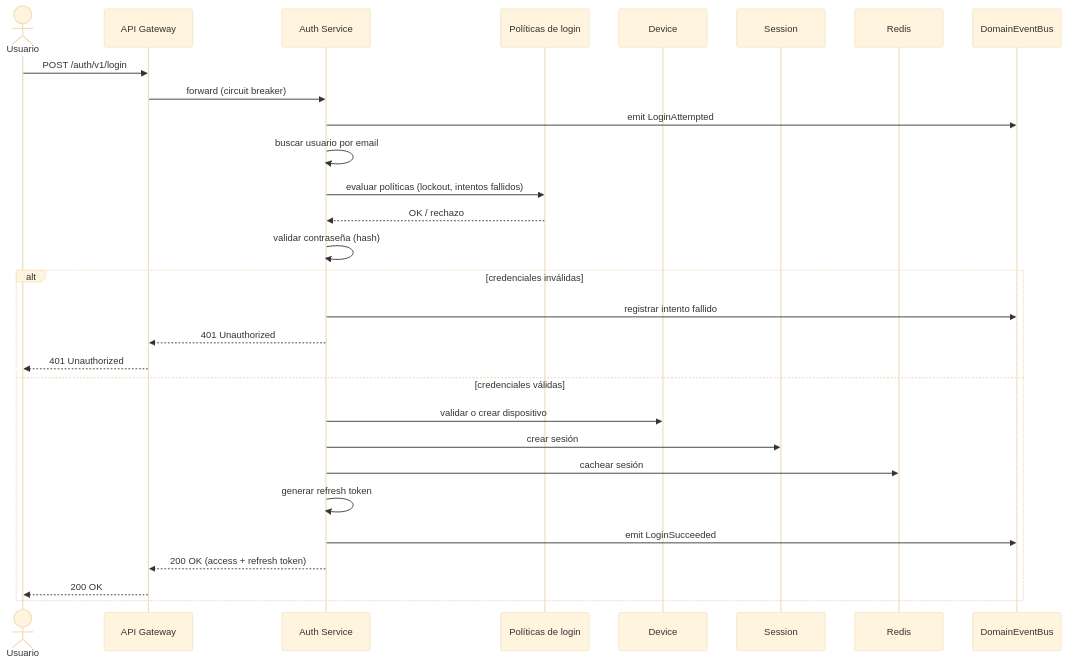
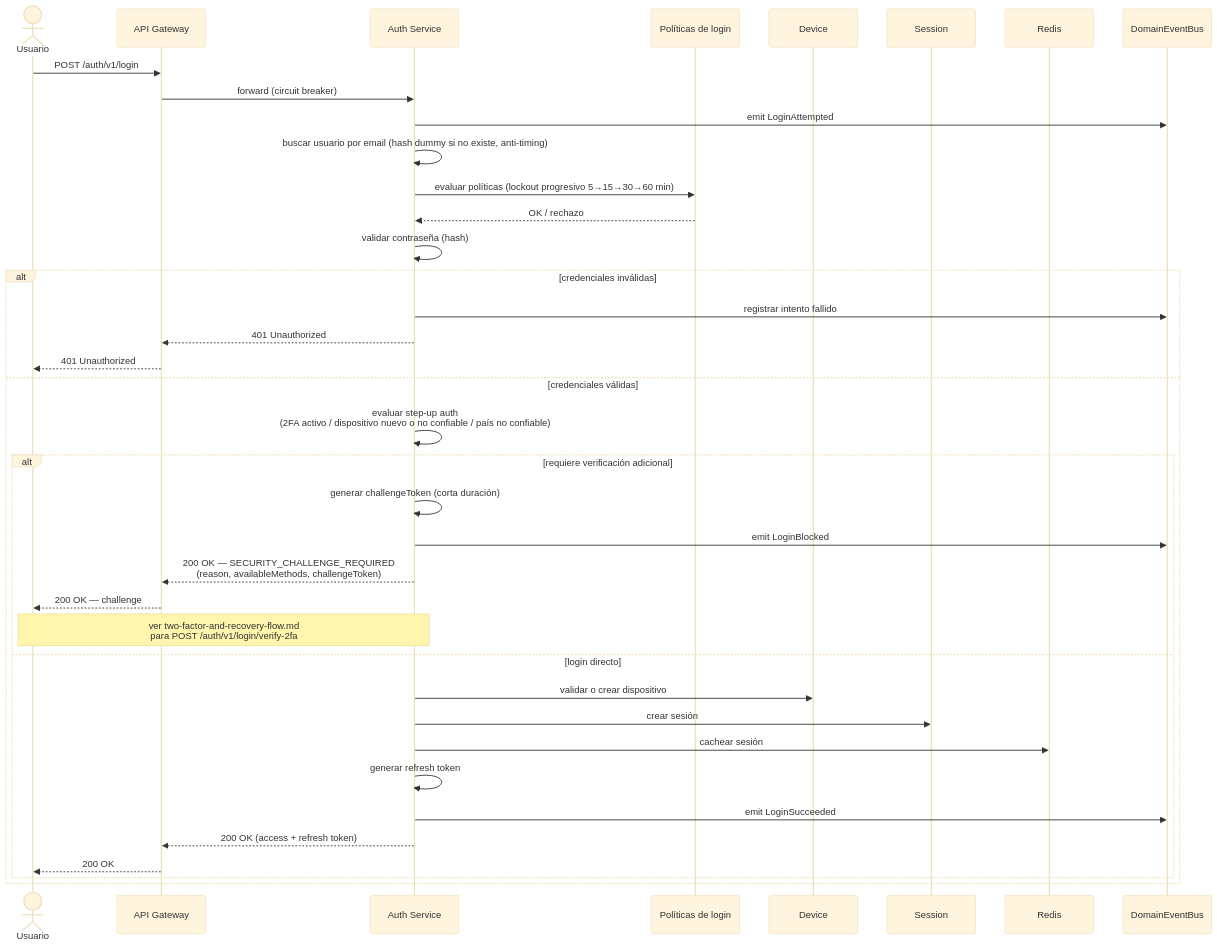
The diagram in docs/flows/login-flow.md (aalejandrozuleta/saas-platform-backend), drawn with Mermaid (base theme) before and after one commit. The commit also changed other lines of this file and 7 other files, not shown here.

First line of the commit message:
docs: refresh architecture docs for 2FA/recovery/user-profile, add missing service docs (#77)

````diff
--- a/docs/flows/login-flow.md
+++ b/docs/flows/login-flow.md
@@ -3,32 +3,41 @@
 ```mermaid
 sequenceDiagram
     actor U as Usuario
     participant GW as API Gateway
     participant A as Auth Service
     participant Pol as Políticas de login
     participant Dev as Device
     participant Sess as Session
     participant Redis
     participant Bus as DomainEventBus
 
     U->>GW: POST /auth/v1/login
     GW->>A: forward (circuit breaker)
     A->>Bus: emit LoginAttempted
-    A->>A: buscar usuario por email
-    A->>Pol: evaluar políticas (lockout, intentos fallidos)
+    A->>A: buscar usuario por email (hash dummy si no existe, anti-timing)
+    A->>Pol: evaluar políticas (lockout progresivo 5→15→30→60 min)
     Pol-->>A: OK / rechazo
     A->>A: validar contraseña (hash)
     alt credenciales inválidas
         A->>Bus: registrar intento fallido
         A-->>GW: 401 Unauthorized
         GW-->>U: 401 Unauthorized
     else credenciales válidas
-        A->>Dev: validar o crear dispositivo
-        A->>Sess: crear sesión
-        A->>Redis: cachear sesión
-        A->>A: generar refresh token
-        A->>Bus: emit LoginSucceeded
-        A-->>GW: 200 OK (access + refresh token)
-        GW-->>U: 200 OK
+        A->>A: evaluar step-up auth<br/>(2FA activo / dispositivo nuevo o no confiable / país no confiable)
+        alt requiere verificación adicional
+            A->>A: generar challengeToken (corta duración)
+            A->>Bus: emit LoginBlocked
+            A-->>GW: 200 OK — SECURITY_CHALLENGE_REQUIRED<br/>(reason, availableMethods, challengeToken)
+            GW-->>U: 200 OK — challenge
+            Note over U,A: ver two-factor-and-recovery-flow.md<br/>para POST /auth/v1/login/verify-2fa
+        else login directo
+            A->>Dev: validar o crear dispositivo
+            A->>Sess: crear sesión
+            A->>Redis: cachear sesión
+            A->>A: generar refresh token
+            A->>Bus: emit LoginSucceeded
+            A-->>GW: 200 OK (access + refresh token)
+            GW-->>U: 200 OK
+        end
     end
 ```
````
